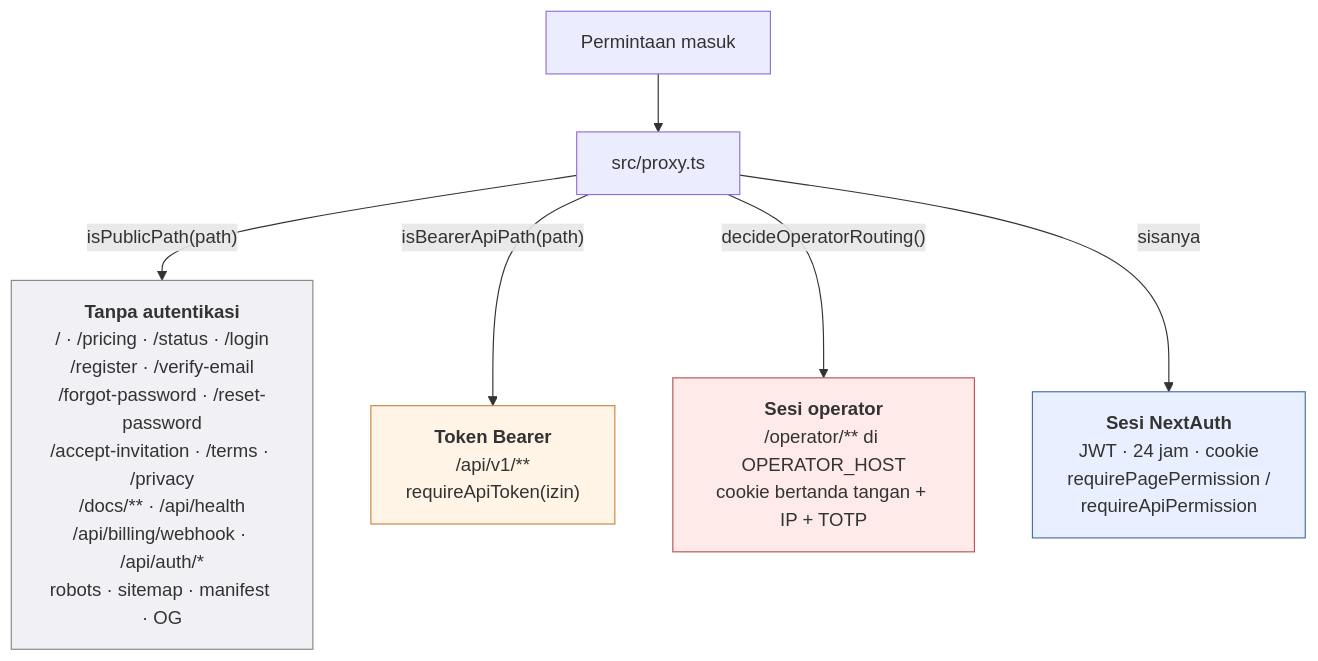
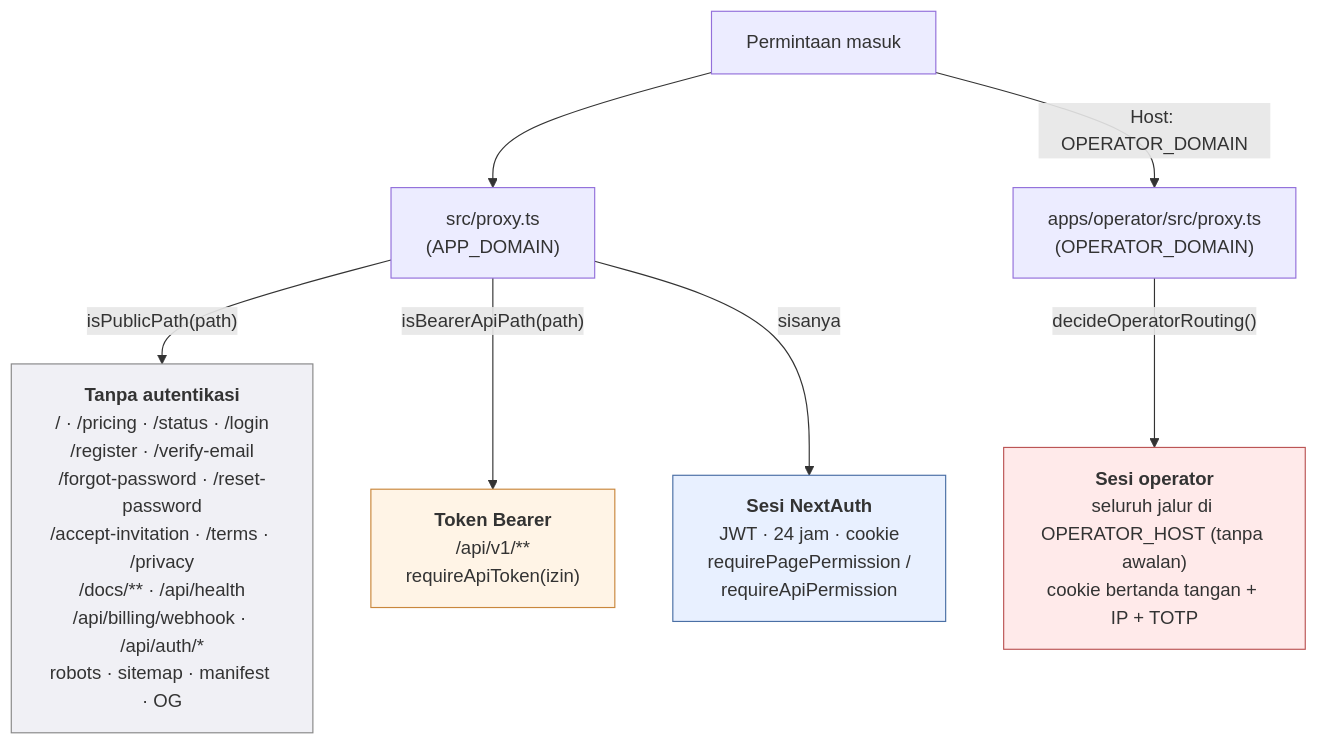
The first of 3 diagrams in docs/arsitektur/05-API-KOMUNIKASI.md (tri-evendi/sai-accounting), drawn with Mermaid before and after one commit. The commit also changed other lines of this file and 43 other files, not shown here.

````diff
--- a/docs/arsitektur/05-API-KOMUNIKASI.md
+++ b/docs/arsitektur/05-API-KOMUNIKASI.md
@@ -27,20 +27,22 @@
 ```mermaid
 graph TB
     REQ["Permintaan masuk"]
-    PROXY["src/proxy.ts"]
+    PROXY["src/proxy.ts<br/>(APP_DOMAIN)"]
+    OPROXY["apps/operator/src/proxy.ts<br/>(OPERATOR_DOMAIN)"]
 
     REQ --> PROXY
+    REQ -->|"Host: OPERATOR_DOMAIN"| OPROXY
 
     PROXY -->|"isPublicPath(path)"| PUB["<b>Tanpa autentikasi</b><br/>/ · /pricing · /status · /login<br/>/register · /verify-email<br/>/forgot-password · /reset-password<br/>/accept-invitation · /terms · /privacy<br/>/docs/** · /api/health<br/>/api/billing/webhook · /api/auth/*<br/>robots · sitemap · manifest · OG"]
 
     PROXY -->|"isBearerApiPath(path)"| BEARER["<b>Token Bearer</b><br/>/api/v1/**<br/>requireApiToken(izin)"]
 
-    PROXY -->|"decideOperatorRouting()"| OPS["<b>Sesi operator</b><br/>/operator/** di OPERATOR_HOST<br/>cookie bertanda tangan + IP + TOTP"]
+    OPROXY -->|"decideOperatorRouting()"| OPS["<b>Sesi operator</b><br/>seluruh jalur di OPERATOR_HOST (tanpa awalan)<br/>cookie bertanda tangan + IP + TOTP"]
 
     PROXY -->|sisanya| SESS["<b>Sesi NextAuth</b><br/>JWT · 24 jam · cookie<br/>requirePagePermission /<br/>requireApiPermission"]
 
     style PUB fill:#f0f0f5,stroke:#888
     style BEARER fill:#fff4e6,stroke:#c9873d
     style OPS fill:#ffeaea,stroke:#b55
     style SESS fill:#e8f0ff,stroke:#4a6fa5
 ```
````
